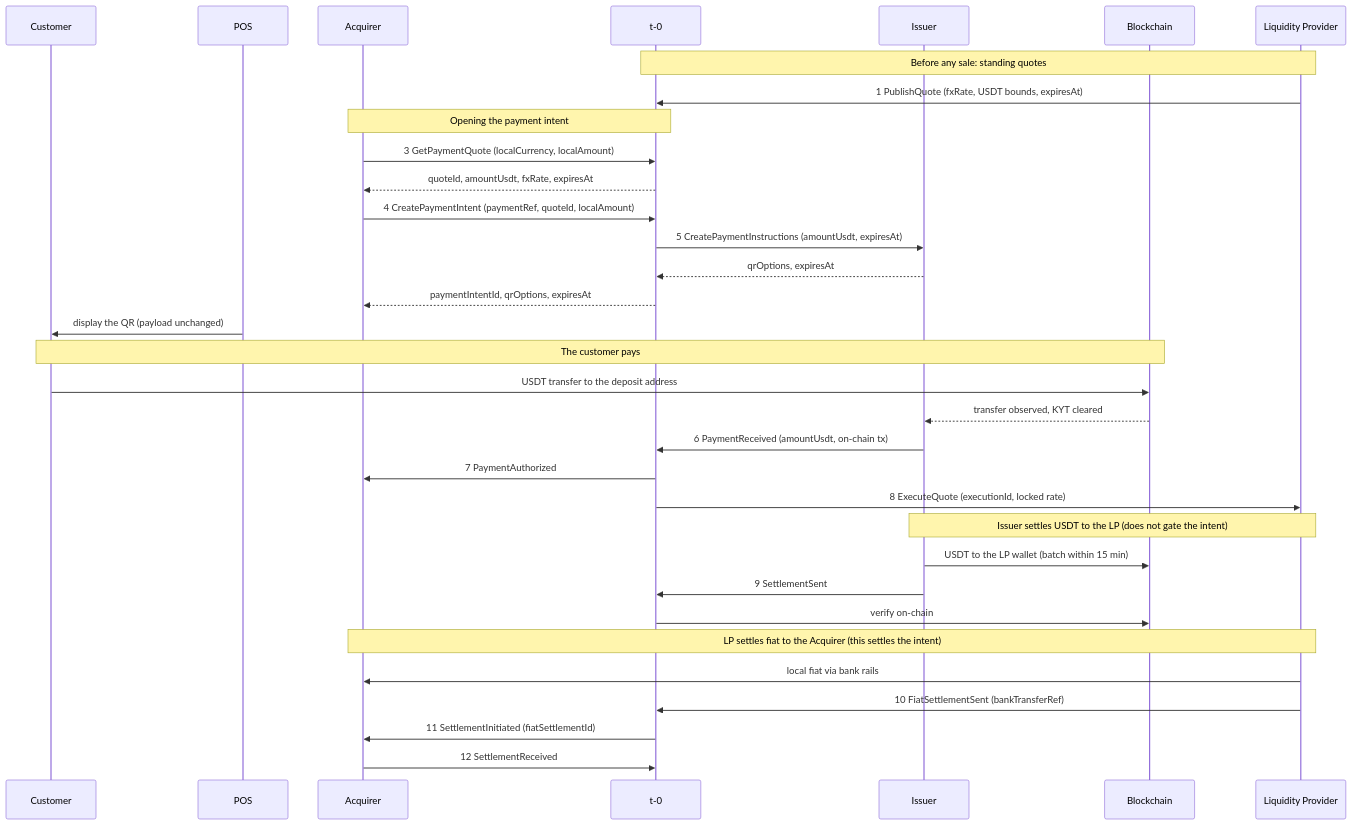
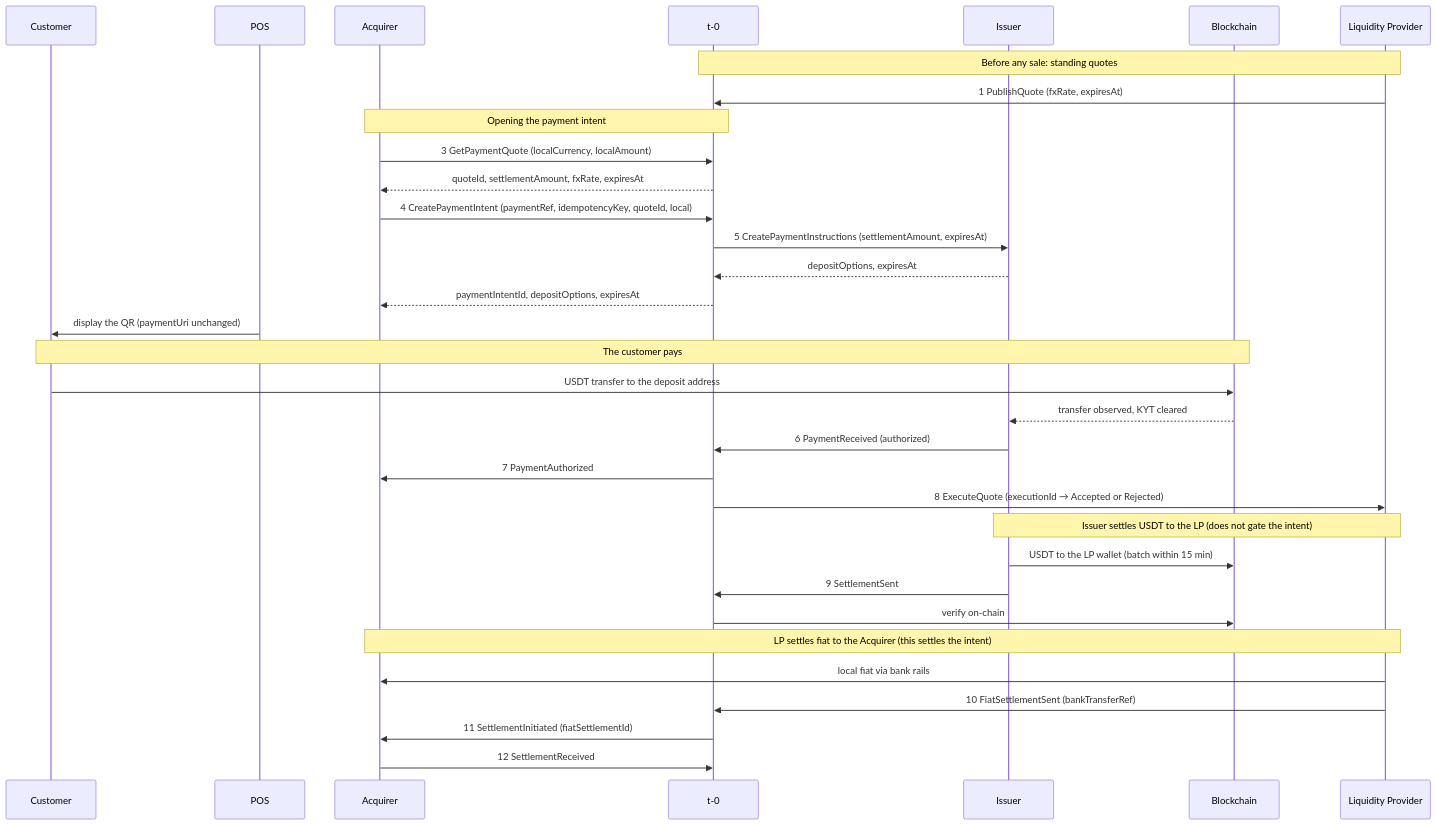
Before and after one commit to t-0-network/usdt-pay-docs: the diagram in content/docs/payments/fiat-settlement.md, drawn with Mermaid. The commit also changed other lines of this file and 4 other files, not shown here.

First line of the commit message:
docs: realign prose and diagrams with the new pay contract

````diff
--- a/content/docs/payments/fiat-settlement.md
+++ b/content/docs/payments/fiat-settlement.md
@@ -52,40 +52,40 @@
 ```mermaid
 sequenceDiagram
     participant C as Customer
     participant POS as POS
     participant ACQ as Acquirer
     participant T0 as t-0
     participant ISS as Issuer
     participant BC as Blockchain
     participant LP as Liquidity Provider
 
     Note over LP,T0: Before any sale: standing quotes
-    LP->>T0: 1 PublishQuote (fxRate, USDT bounds, expiresAt)
+    LP->>T0: 1 PublishQuote (fxRate, expiresAt)
 
     Note over ACQ,T0: Opening the payment intent
     ACQ->>T0: 3 GetPaymentQuote (localCurrency, localAmount)
-    T0-->>ACQ: quoteId, amountUsdt, fxRate, expiresAt
-    ACQ->>T0: 4 CreatePaymentIntent (paymentRef, quoteId, localAmount)
-    T0->>ISS: 5 CreatePaymentInstructions (amountUsdt, expiresAt)
-    ISS-->>T0: qrOptions, expiresAt
-    T0-->>ACQ: paymentIntentId, qrOptions, expiresAt
-    POS->>C: display the QR (payload unchanged)
+    T0-->>ACQ: quoteId, settlementAmount, fxRate, expiresAt
+    ACQ->>T0: 4 CreatePaymentIntent (paymentRef, idempotencyKey, quoteId, local)
+    T0->>ISS: 5 CreatePaymentInstructions (settlementAmount, expiresAt)
+    ISS-->>T0: depositOptions, expiresAt
+    T0-->>ACQ: paymentIntentId, depositOptions, expiresAt
+    POS->>C: display the QR (paymentUri unchanged)
 
     Note over C,BC: The customer pays
     C->>BC: USDT transfer to the deposit address
     BC-->>ISS: transfer observed, KYT cleared
-    ISS->>T0: 6 PaymentReceived (amountUsdt, on-chain tx)
+    ISS->>T0: 6 PaymentReceived (authorized)
     T0->>ACQ: 7 PaymentAuthorized
-    T0->>LP: 8 ExecuteQuote (executionId, locked rate)
+    T0->>LP: 8 ExecuteQuote (executionId → Accepted or Rejected)
 
     Note over ISS,LP: Issuer settles USDT to the LP (does not gate the intent)
     ISS->>BC: USDT to the LP wallet (batch within 15 min)
     ISS->>T0: 9 SettlementSent
     T0->>BC: verify on-chain
 
     Note over ACQ,LP: LP settles fiat to the Acquirer (this settles the intent)
     LP->>ACQ: local fiat via bank rails
     LP->>T0: 10 FiatSettlementSent (bankTransferRef)
     T0->>ACQ: 11 SettlementInitiated (fiatSettlementId)
     ACQ->>T0: 12 SettlementReceived
 ```
````
